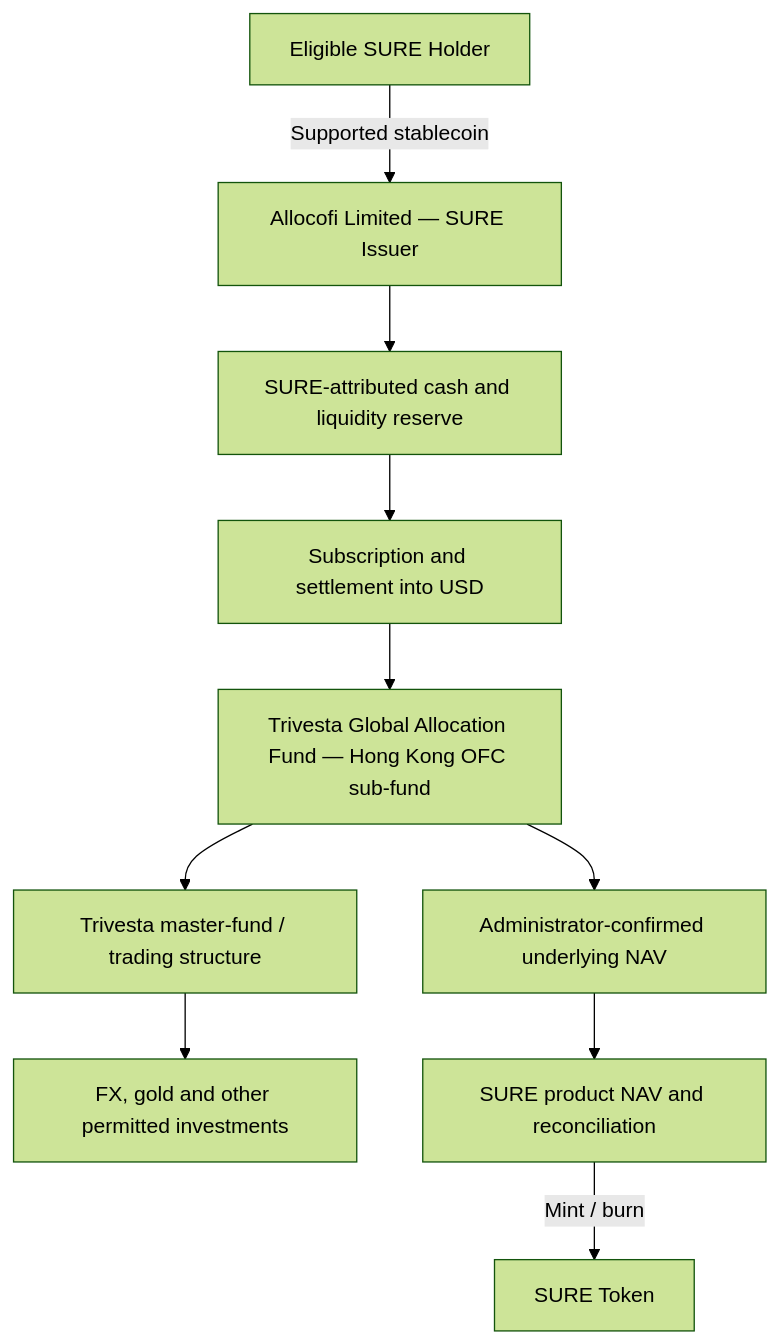
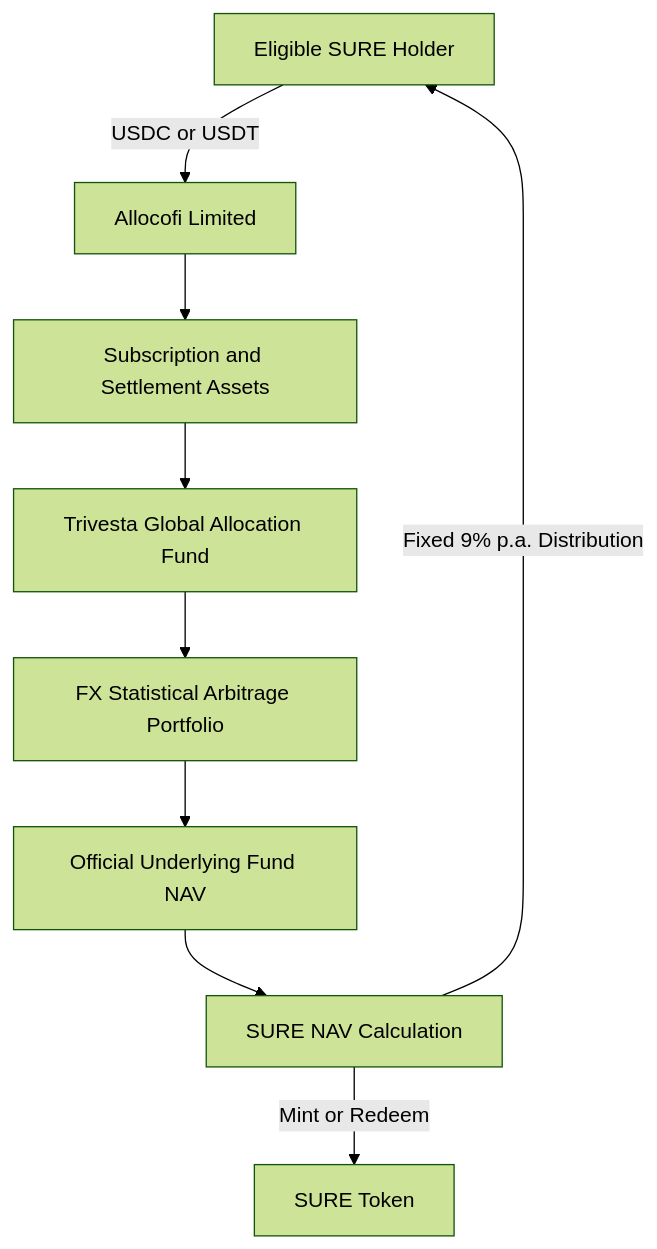
Before and after one commit to Allocofi/Docs: the diagram in untitled-page-5.mdx, drawn with Mermaid (forest theme). The commit also changed other lines of this file and 4 other files, not shown here.

````diff
--- a/untitled-page-5.mdx
+++ b/untitled-page-5.mdx
@@ -10,12 +26,11 @@
 ```mermaid
 flowchart TD
-    A["Eligible SURE Holder"] -->|"Supported stablecoin"| B["Allocofi Limited — SURE Issuer"]
-    B --> C["SURE-attributed cash and liquidity reserve"]
-    C --> D["Subscription and settlement into USD"]
-    D --> E["Trivesta Global Allocation Fund — Hong Kong OFC sub-fund"]
-    E --> F["Trivesta master-fund / trading structure"]
-    F --> G["FX, gold and other permitted investments"]
-    E --> H["Administrator-confirmed underlying NAV"]
-    H --> I["SURE product NAV and reconciliation"]
-    I -->|"Mint / burn"| J["SURE Token"]
+    A["Eligible SURE Holder"] -->|"USDC or USDT"| B["Allocofi Limited"]
+    B --> C["Subscription and Settlement Assets"]
+    C --> D["Trivesta Global Allocation Fund"]
+    D --> E["FX Statistical Arbitrage Portfolio"]
+    E --> F["Official Underlying Fund NAV"]
+    F --> G["SURE NAV Calculation"]
+    G -->|"Mint or Redeem"| H["SURE Token"]
+    G -->|"Fixed 9% p.a. Distribution"| A
 ```
````
